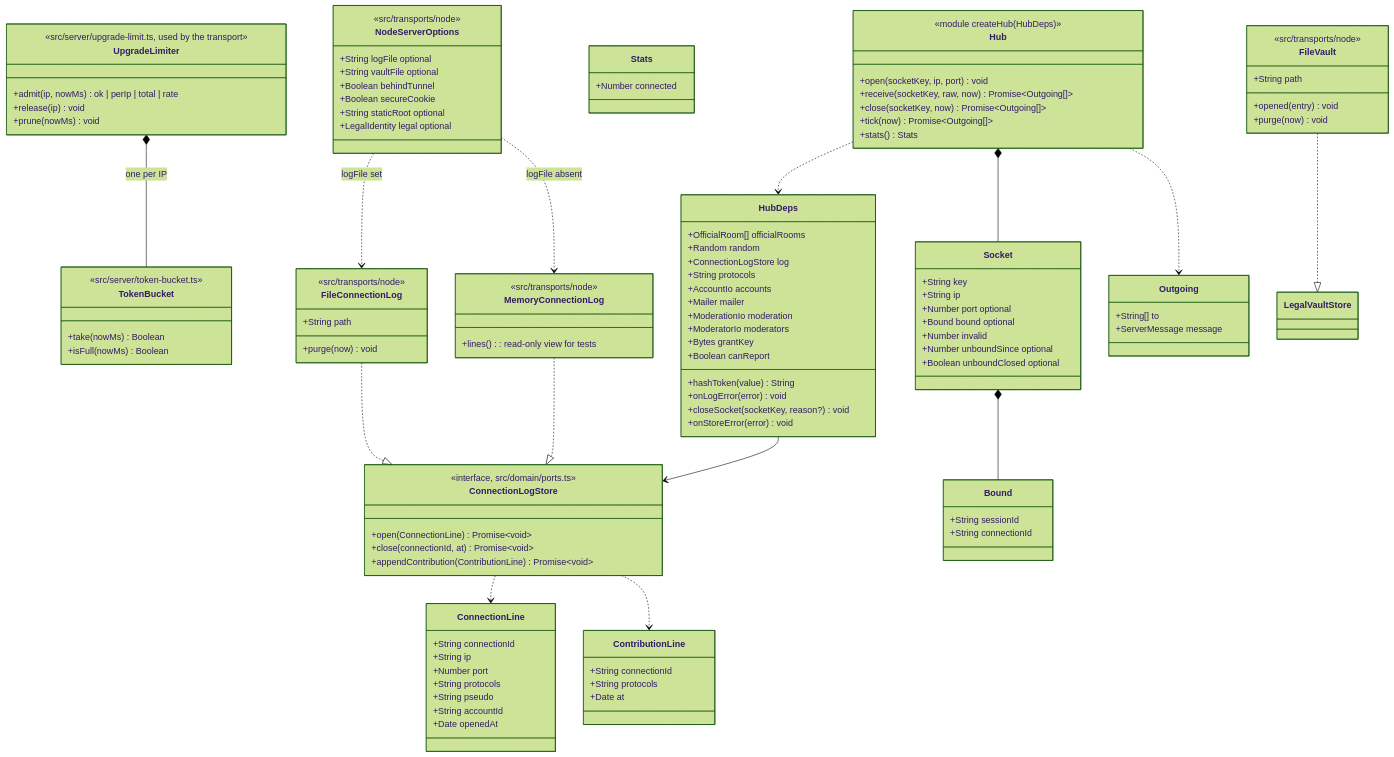
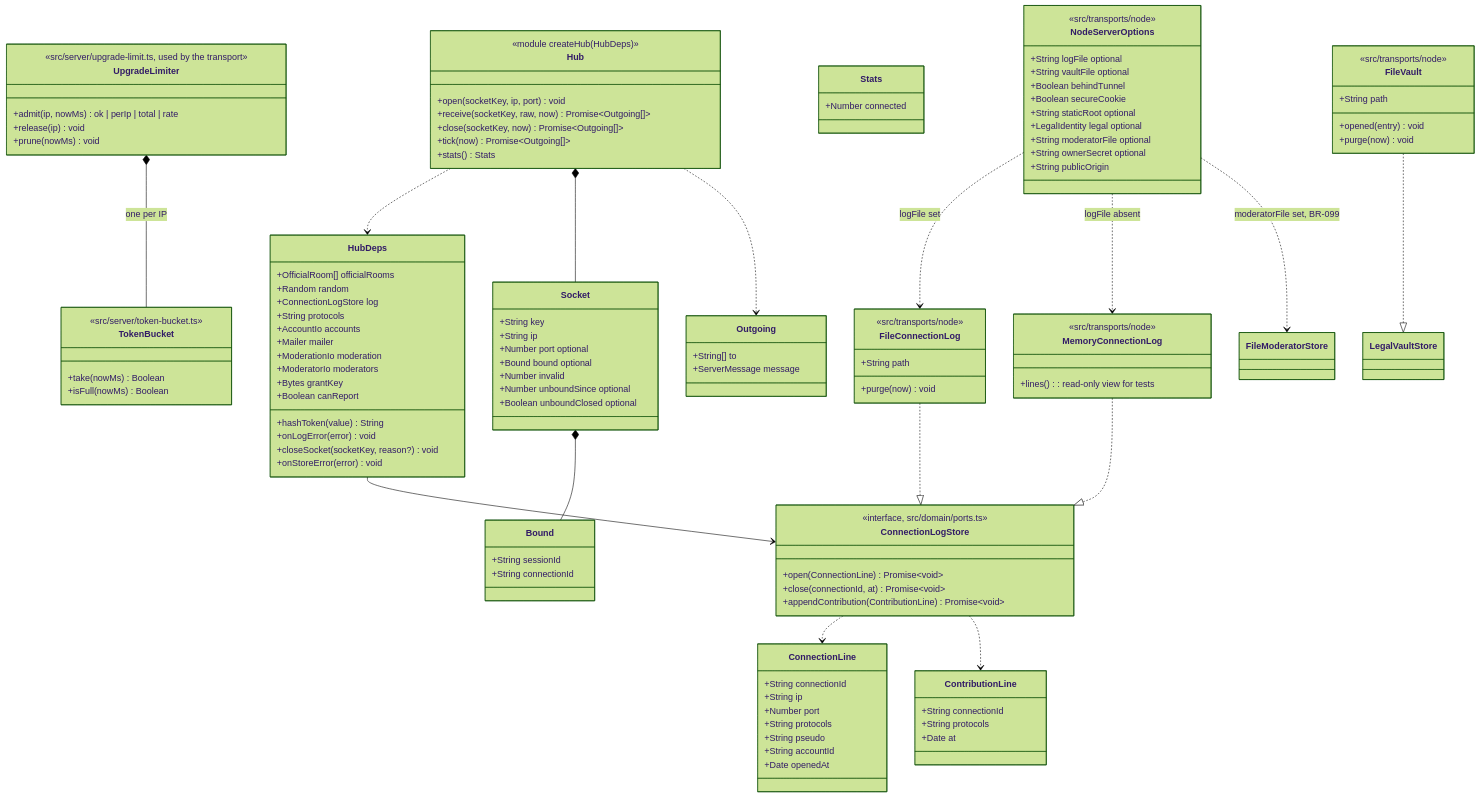
One commit to benoit-bremaud/asv changed the first of 2 diagrams in docs/architecture/diagrams/platform/04c-class-server-hub.md. Above: the diagram before and after it, drawn with Mermaid (forest theme). The commit also changed other lines of this file and 5 other files, not shown here.

````diff
--- a/docs/architecture/diagrams/platform/04c-class-server-hub.md
+++ b/docs/architecture/diagrams/platform/04c-class-server-hub.md
@@ -126,7 +126,11 @@
     +Boolean secureCookie
     +String staticRoot optional
     +LegalIdentity legal optional
+    +String moderatorFile optional
+    +String ownerSecret optional
+    +String publicOrigin
   }
   NodeServerOptions ..> FileConnectionLog : logFile set
   NodeServerOptions ..> MemoryConnectionLog : logFile absent
+  NodeServerOptions ..> FileModeratorStore : moderatorFile set, BR-099
 ```
````
